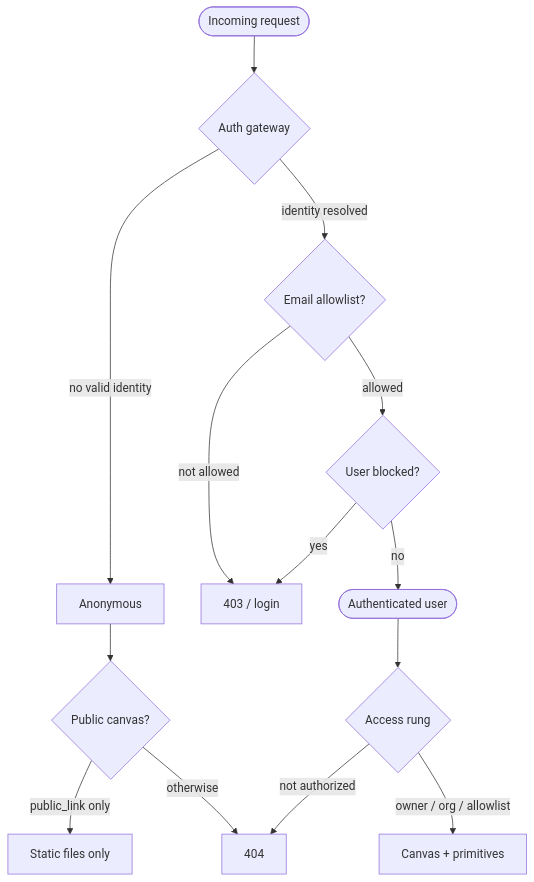
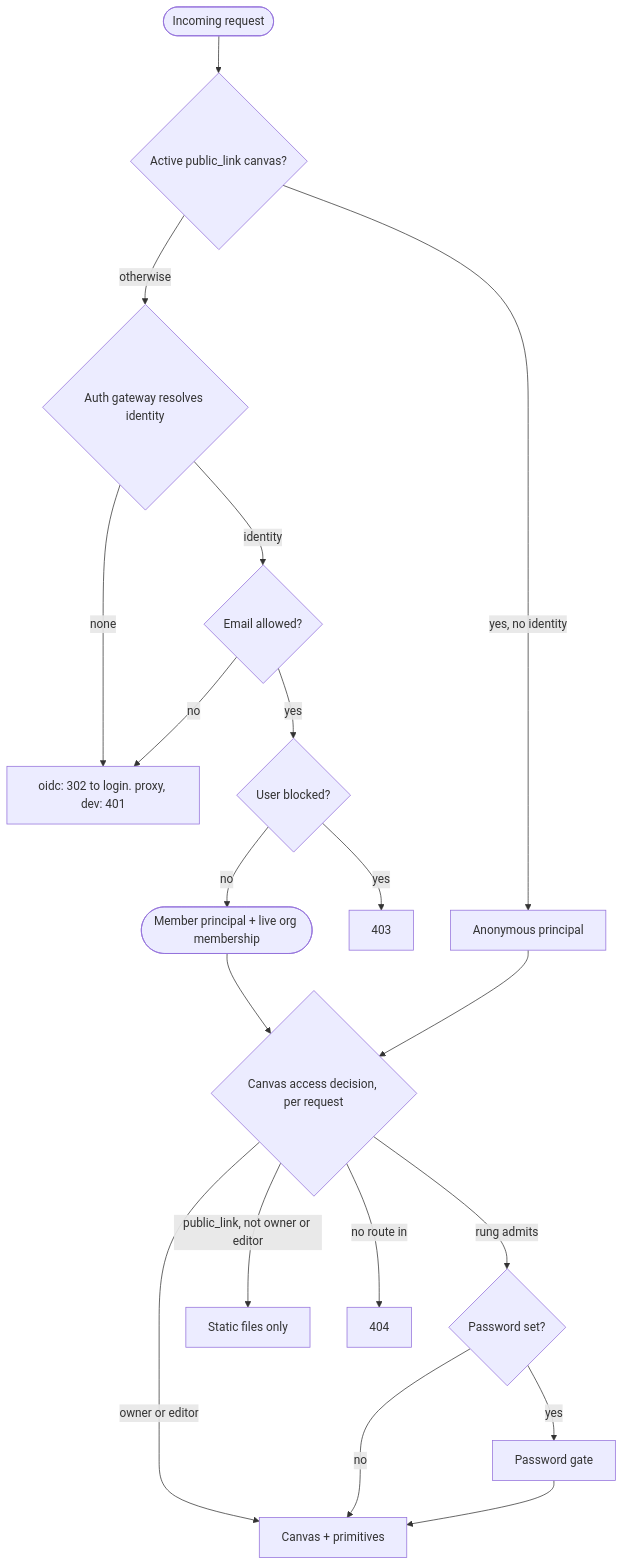
Before and after one commit to markpasternak/canvas-drop: the diagram in docs/site/self-hosting/security-model.md, drawn with Mermaid. The commit also changed other lines of this file and 53 other files, not shown here.

First line of the commit message:
Docs + marketing: canvas editor roles, share-tab rename, docs-refresh coherence pass (#88)

````diff
--- a/docs/site/self-hosting/security-model.md
+++ b/docs/site/self-hosting/security-model.md
@@ -33,16 +70,20 @@
 ```mermaid
 flowchart TD
-    Req([Incoming request]) --> Gate{Auth gateway}
-    Gate -->|no valid identity| Anon[Anonymous]
-    Gate -->|identity resolved| Allow{Email allowlist?}
-    Allow -->|not allowed| Reject[403 / login]
-    Allow -->|allowed| Blocked{User blocked?}
-    Blocked -->|yes| Reject
-    Blocked -->|no| User([Authenticated user])
-    Anon --> PubCheck{Public canvas?}
-    PubCheck -->|public_link only| Static[Static files only]
-    PubCheck -->|otherwise| NotFound[404]
-    User --> Rung{Access rung}
-    Rung -->|owner / org / allowlist| Canvas[Canvas + primitives]
-    Rung -->|not authorized| NotFound
+    Req([Incoming request]) --> Carve{Active public_link canvas?}
+    Carve -->|yes, no identity| Anon[Anonymous principal]
+    Carve -->|otherwise| Gate{Auth gateway resolves identity}
+    Gate -->|none| Unauth["oidc: 302 to login. proxy, dev: 401"]
+    Gate -->|identity| Allow{Email allowed?}
+    Allow -->|no| Unauth
+    Allow -->|yes| Blocked{User blocked?}
+    Blocked -->|yes| Forbidden[403]
+    Blocked -->|no| Member([Member principal + live org membership])
+    Member --> Access{Canvas access decision, per request}
+    Anon --> Access
+    Access -->|owner or editor| Full[Canvas + primitives]
+    Access -->|rung admits| PwGate{Password set?}
+    PwGate -->|no| Full
+    PwGate -->|yes| Gate2[Password gate] --> Full
+    Access -->|public_link, not owner or editor| Static[Static files only]
+    Access -->|no route in| NotFound[404]
 ```
````
